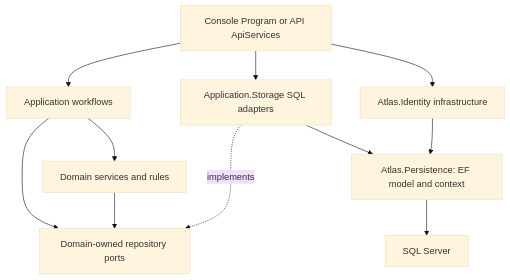
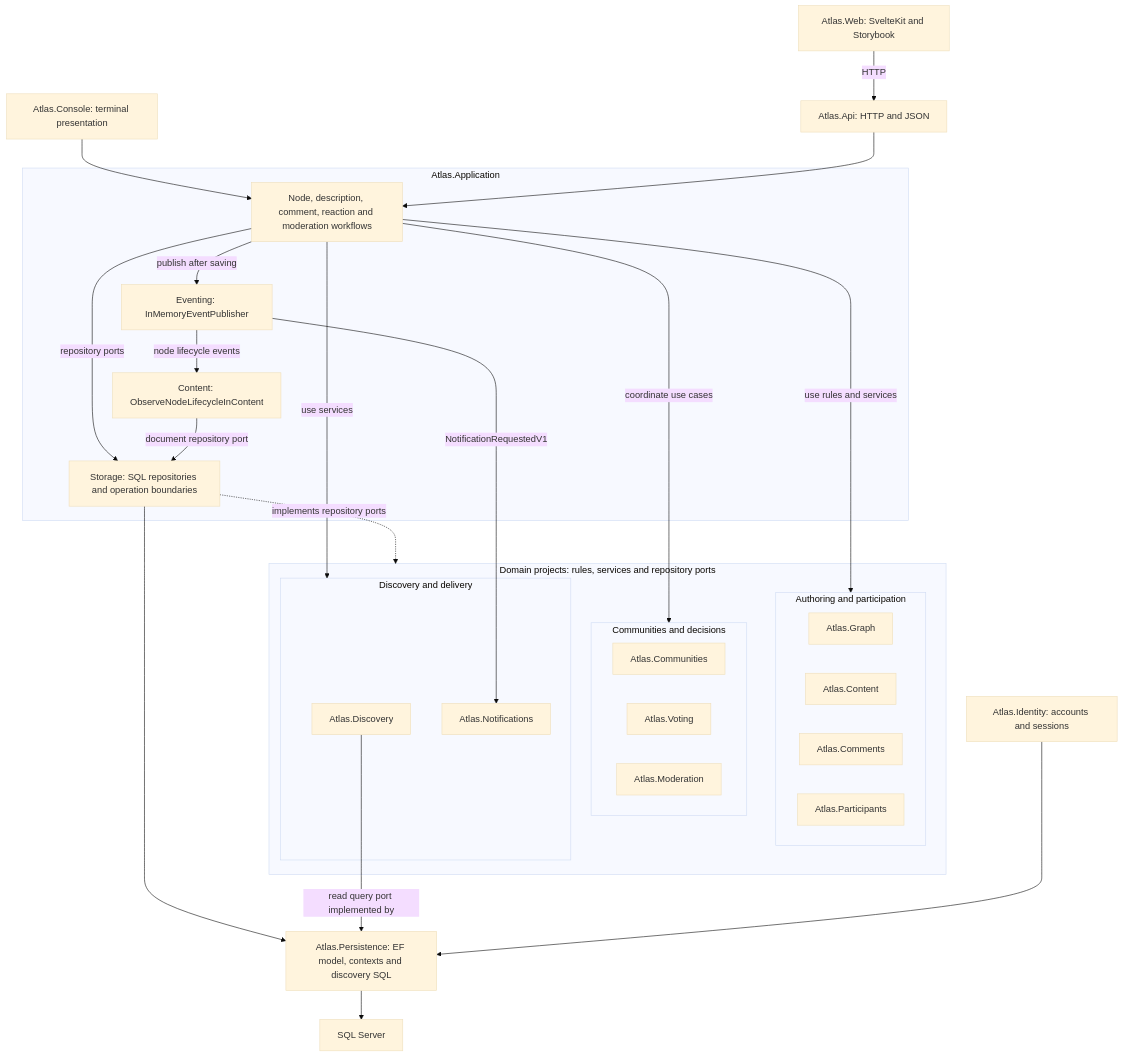
The second of 3 diagrams in docs/architecture/diagrams/WIRING.md (williamowen65/atlas-the-public-think-tank), drawn with Mermaid (base theme) before and after one commit. The commit also changed other lines of this file and 1 other file, not shown here.

Commit message:
PTT-151: Expand application, domain, event and persistence wiring

````diff
--- a/docs/architecture/diagrams/WIRING.md
+++ b/docs/architecture/diagrams/WIRING.md
@@ -32,13 +32,45 @@
 ```mermaid
 flowchart TD
-    Roots["Console Program or API ApiServices"] --> Workflows["Application workflows"]
-    Roots --> Adapters["Application.Storage SQL adapters"]
-    Roots --> Identity["Atlas.Identity infrastructure"]
-    Workflows --> Domains["Domain services and rules"]
-    Workflows --> Ports["Domain-owned repository ports"]
-    Domains --> Ports
-    Adapters -. implements .-> Ports
-    Adapters --> EF["Atlas.Persistence: EF model and context"]
-    Identity --> EF
-    EF --> Database["SQL Server"]
+    Console["Atlas.Console: terminal presentation"] --> Workflows
+    Web["Atlas.Web: SvelteKit and Storybook"] -->|HTTP| API["Atlas.Api: HTTP and JSON"]
+    API --> Workflows
+
+    subgraph Application["Atlas.Application"]
+        Workflows["Node, description, comment, reaction and moderation workflows"]
+        EventBus["Eventing: InMemoryEventPublisher"]
+        Observer["Content: ObserveNodeLifecycleInContent"]
+        Storage["Storage: SQL repositories and operation boundaries"]
+        Workflows -->|publish after saving| EventBus
+        EventBus -->|node lifecycle events| Observer
+        Workflows -->|repository ports| Storage
+        Observer -->|document repository port| Storage
+    end
+
+    subgraph Domains["Domain projects: rules, services and repository ports"]
+        subgraph Authoring["Authoring and participation"]
+            Graph["Atlas.Graph"]
+            Content["Atlas.Content"]
+            Comments["Atlas.Comments"]
+            Participants["Atlas.Participants"]
+        end
+        subgraph Decisions["Communities and decisions"]
+            Communities["Atlas.Communities"]
+            Voting["Atlas.Voting"]
+            Moderation["Atlas.Moderation"]
+        end
+        subgraph ReadDelivery["Discovery and delivery"]
+            Discovery["Atlas.Discovery"]
+            Notifications["Atlas.Notifications"]
+        end
+    end
+    Workflows -->|use rules and services| Authoring
+    Workflows -->|coordinate use cases| Decisions
+    Workflows -->|use services| ReadDelivery
+    EventBus -->|NotificationRequestedV1| Notifications
+    Storage -. implements repository ports .-> Domains
+
+    Storage --> Persistence["Atlas.Persistence: EF model, contexts and discovery SQL"]
+    Discovery -->|read query port implemented by| Persistence
+    Identity["Atlas.Identity: accounts and sessions"] --> Persistence
+    Persistence --> SQL["SQL Server"]
 ```
````
